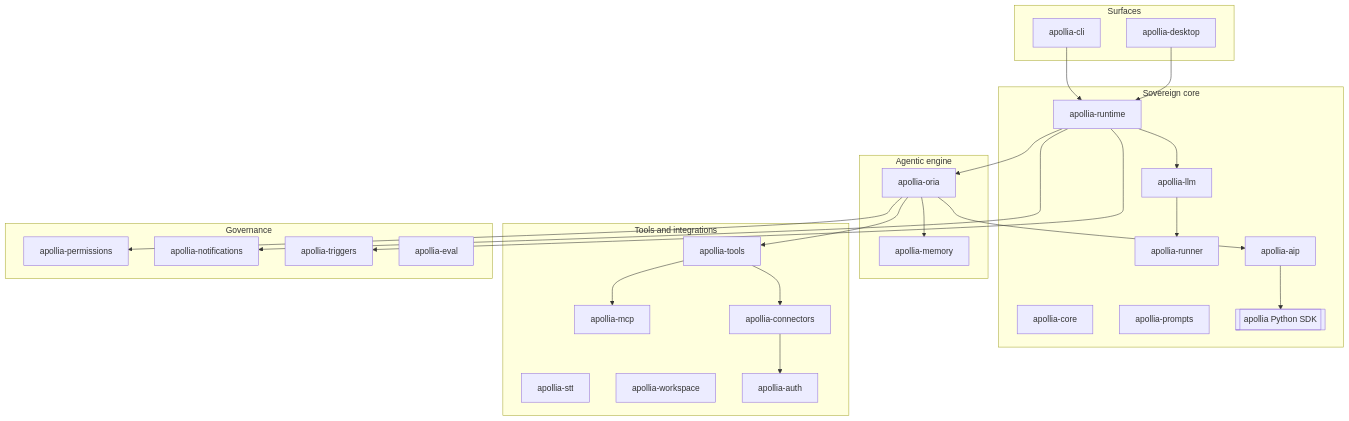
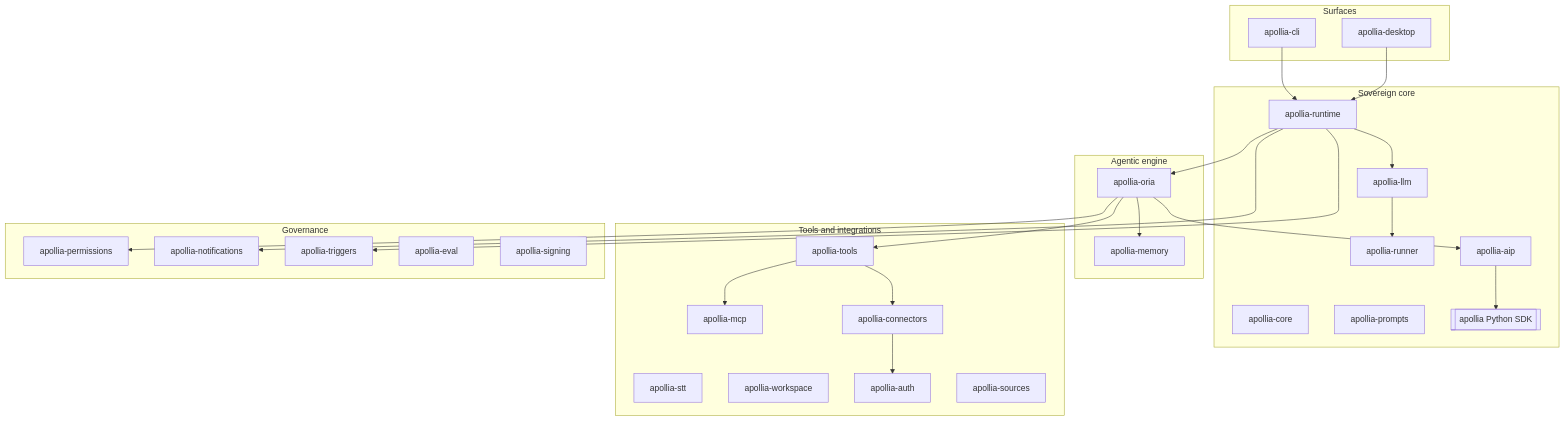
Before and after one commit to Apollia-OS/apollia-os: the diagram in docs/site/docs/architecture/05-building-blocks.md, drawn with Mermaid. The commit also changed other lines of this file and 4432 other files, not shown here.

````diff
--- a/docs/site/docs/architecture/05-building-blocks.md
+++ b/docs/site/docs/architecture/05-building-blocks.md
@@ -17,54 +17,56 @@
 ```mermaid
 flowchart TB
     subgraph socle [Sovereign core]
         runtime[apollia-runtime]
         runner[apollia-runner]
         llm[apollia-llm]
         core[apollia-core]
         aip[apollia-aip]
         prompts[apollia-prompts]
         sdk[[apollia Python SDK]]
     end
 
     subgraph engine [Agentic engine]
         oria[apollia-oria]
         memory[apollia-memory]
     end
 
     subgraph tools [Tools and integrations]
         toolsc[apollia-tools]
         mcp[apollia-mcp]
         connectors[apollia-connectors]
         stt[apollia-stt]
         workspace[apollia-workspace]
         auth[apollia-auth]
+        sources[apollia-sources]
     end
 
     subgraph gov [Governance]
         perms[apollia-permissions]
         notif[apollia-notifications]
         triggers[apollia-triggers]
         eval[apollia-eval]
+        signing[apollia-signing]
     end
 
     subgraph surfaces [Surfaces]
         cli[apollia-cli]
         desktop[apollia-desktop]
     end
 
     cli --> runtime
     desktop --> runtime
     runtime --> oria
     oria --> aip
     aip --> sdk
     oria --> toolsc
     oria --> memory
     oria --> perms
     runtime --> llm
     llm --> runner
     toolsc --> mcp
     toolsc --> connectors
     connectors --> auth
     runtime --> notif
     runtime --> triggers
 ```
````
